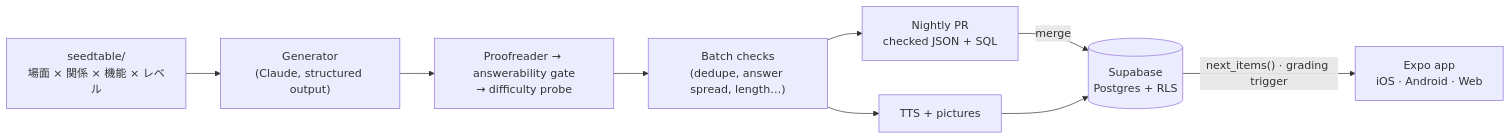
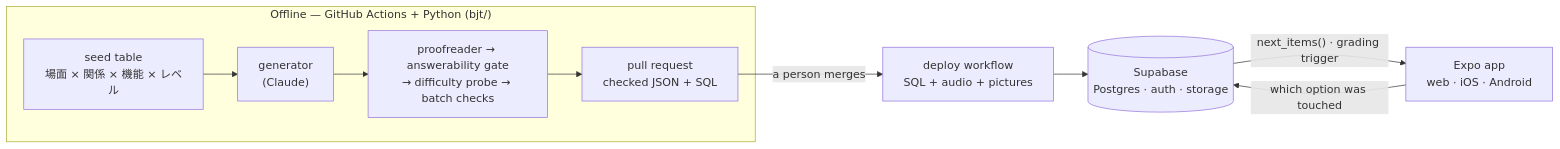
The first of 2 diagrams in README.md (ZacharyTStone/business-japanese-test-practice), drawn with Mermaid before and after one commit. The commit also changed other lines of this file, not shown here.

````diff
--- a/README.md
+++ b/README.md
@@ -41,10 +115,12 @@
 ```mermaid
 flowchart LR
-    ST["seedtable/<br/>場面 × 関係 × 機能 × レベル"] --> GEN["Generator<br/>(Claude, structured output)"]
-    GEN --> GATE["Proofreader → answerability gate<br/>→ difficulty probe"]
-    GATE --> BATCH["Batch checks<br/>(dedupe, answer spread, length…)"]
-    BATCH --> PR["Nightly PR<br/>checked JSON + SQL"]
-    PR -->|merge| DB[("Supabase<br/>Postgres + RLS")]
-    BATCH --> TTS["TTS + pictures"] --> DB
-    DB -->|"next_items() · grading trigger"| APP["Expo app<br/>iOS · Android · Web"]
+    subgraph offline["Offline — GitHub Actions + Python (bjt/)"]
+        ST["seed table<br/>場面 × 関係 × 機能 × レベル"] --> GEN["generator<br/>(Claude)"]
+        GEN --> CHK["proofreader → answerability gate<br/>→ difficulty probe → batch checks"]
+        CHK --> PR["pull request<br/>checked JSON + SQL"]
+    end
+    PR -->|"a person merges"| DEP["deploy workflow<br/>SQL + audio + pictures"]
+    DEP --> DB[("Supabase<br/>Postgres · auth · storage")]
+    DB -->|"next_items() · grading trigger"| APP["Expo app<br/>web · iOS · Android"]
+    APP -->|"which option was touched"| DB
 ```
````
